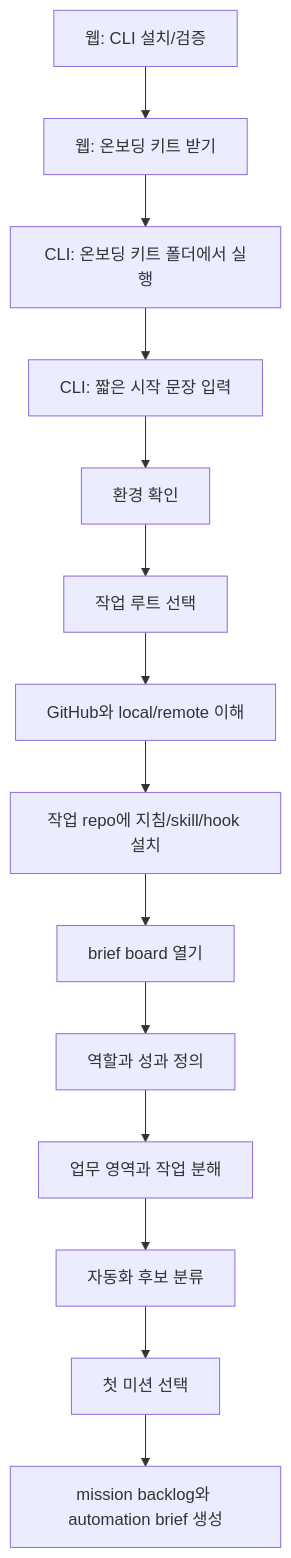
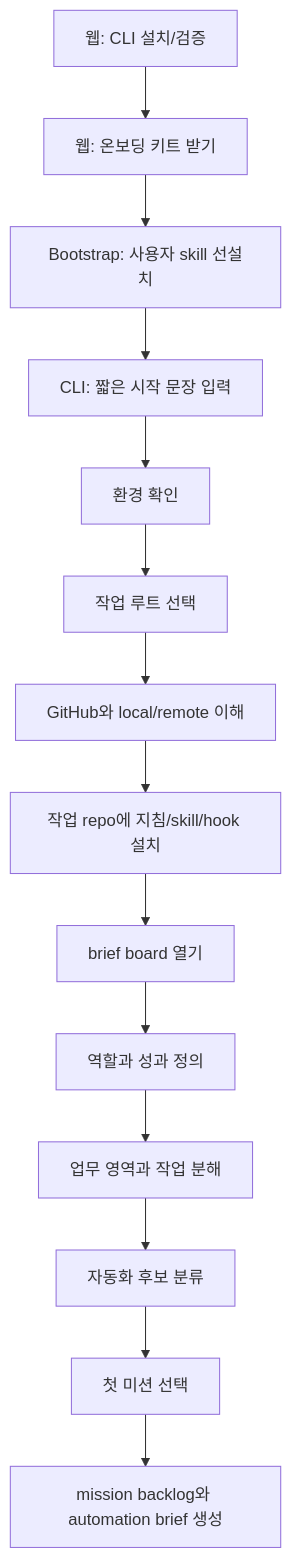
One commit to day1-ax-tools/onboarding changed the diagram in docs/cli-conversation-flow.md. Above: the diagram before and after it, drawn with Mermaid. The commit also changed other lines of this file and 8 other files, not shown here.

Commit message:
Preinstall onboarding skill during bootstrap

````diff
--- a/docs/cli-conversation-flow.md
+++ b/docs/cli-conversation-flow.md
@@ -348,16 +337,16 @@
 ```mermaid
 flowchart TD
   A["웹: CLI 설치/검증"] --> B["웹: 온보딩 키트 받기"]
-  B --> C["CLI: 온보딩 키트 폴더에서 실행"]
+  B --> C["Bootstrap: 사용자 skill 선설치"]
   C --> D["CLI: 짧은 시작 문장 입력"]
   D --> E["환경 확인"]
   E --> F["작업 루트 선택"]
   F --> G["GitHub와 local/remote 이해"]
   G --> H["작업 repo에 지침/skill/hook 설치"]
   H --> I["brief board 열기"]
   I --> J["역할과 성과 정의"]
   J --> K["업무 영역과 작업 분해"]
   K --> L["자동화 후보 분류"]
   L --> M["첫 미션 선택"]
   M --> N["mission backlog와 automation brief 생성"]
 ```
````
